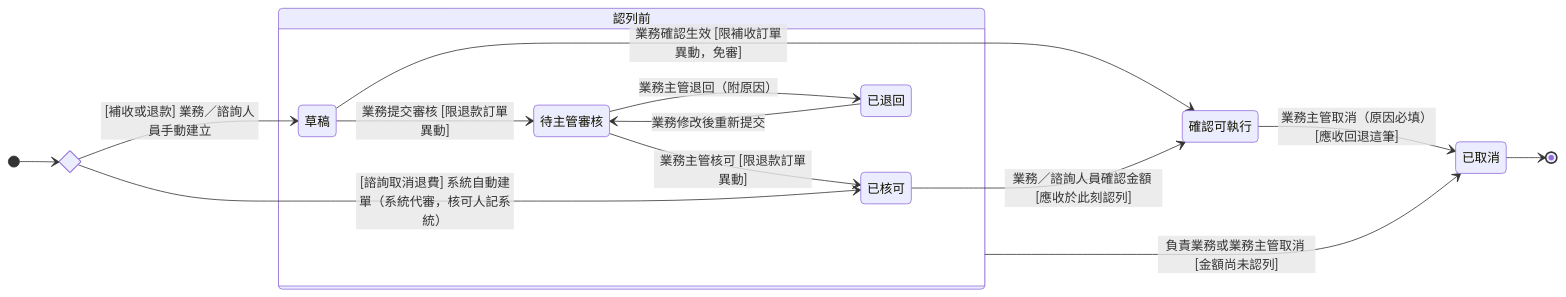
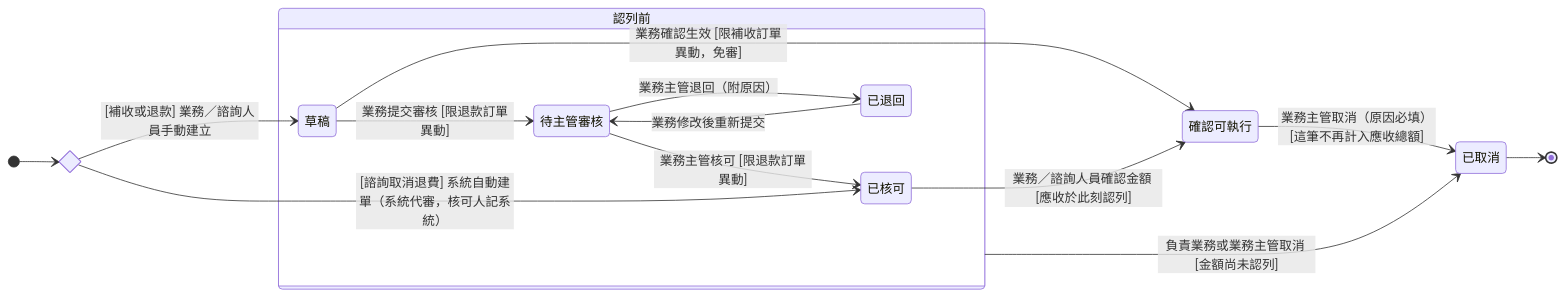
The diagram in memory/Sens_wiki/wiki/erp/06-state-machines/訂單異動狀態.md (Kawato-Miles/erp-spec), drawn with Mermaid before and after one commit. The commit also changed other lines of this file and 24 other files, not shown here.

````diff
--- a/memory/Sens_wiki/wiki/erp/06-state-machines/訂單異動狀態.md
+++ b/memory/Sens_wiki/wiki/erp/06-state-machines/訂單異動狀態.md
@@ -36,33 +36,33 @@
 ```mermaid
 stateDiagram-v2
     direction LR
 
     state c_create <<choice>>
     [*] --> c_create
 
     state "認列前" as g_pre {
         state "草稿" as s_draft
         state "待主管審核" as s_pending
         state "已核可" as s_approved
         state "已退回" as s_returned
 
         s_draft --> s_pending : 業務提交審核 [限退款訂單異動]
         s_pending --> s_approved : 業務主管核可 [限退款訂單異動]
         s_pending --> s_returned : 業務主管退回（附原因）
         s_returned --> s_pending : 業務修改後重新提交
     }
 
     state "確認可執行" as s_executed
     state "已取消" as s_cancelled
 
     c_create --> s_draft : [補收或退款] 業務／諮詢人員手動建立
     c_create --> s_approved : [諮詢取消退費] 系統自動建單（系統代審，核可人記系統）
 
     s_draft --> s_executed : 業務確認生效 [限補收訂單異動，免審]
     s_approved --> s_executed : 業務／諮詢人員確認金額 [應收於此刻認列]
 
     g_pre --> s_cancelled : 負責業務或業務主管取消 [金額尚未認列]
-    s_executed --> s_cancelled : 業務主管取消（原因必填）[應收回退這筆]
+    s_executed --> s_cancelled : 業務主管取消（原因必填）[這筆不再計入應收總額]
 
     s_cancelled --> [*]
 ```
````
